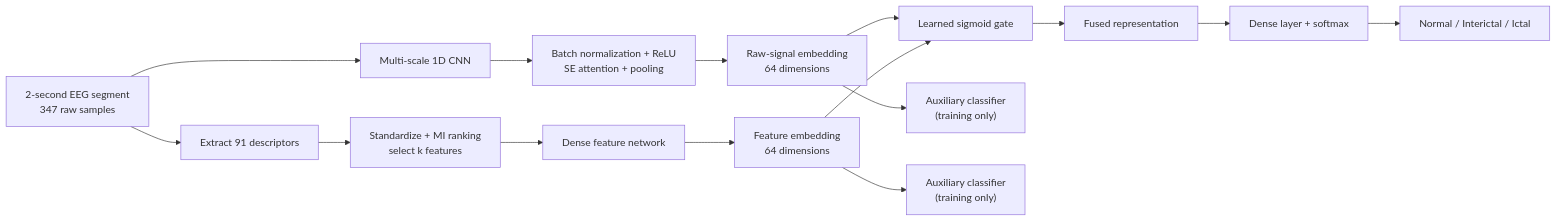
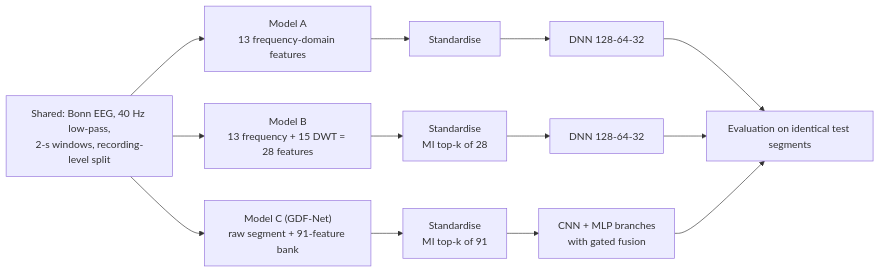
One commit to hariniisathappan/EEG_Seizure_Classification_Using_Deep_Learning changed the second of 3 diagrams in README.md. Above: the diagram before and after it, drawn with Mermaid. The commit also changed other lines of this file, not shown here.

````diff
--- a/README.md
+++ b/README.md
@@ -103,17 +97,10 @@
 ```mermaid
 flowchart LR
-    A["2-second EEG segment<br/>347 raw samples"] --> B["Multi-scale 1D CNN"]
-    B --> C["Batch normalization + ReLU<br/>SE attention + pooling"]
-    C --> D["Raw-signal embedding<br/>64 dimensions"]
-    A --> E["Extract 91 descriptors"]
-    E --> F["Standardize + MI ranking<br/>select k features"]
-    F --> G["Dense feature network"]
-    G --> H["Feature embedding<br/>64 dimensions"]
-    D --> I["Learned sigmoid gate"]
-    H --> I
-    I --> J["Fused representation"]
-    J --> K["Dense layer + softmax"]
-    K --> L["Normal / Interictal / Ictal"]
-    D --> M["Auxiliary classifier<br/>(training only)"]
-    H --> N["Auxiliary classifier<br/>(training only)"]
+    S["Shared: Bonn EEG, 40 Hz low-pass,<br/>2-s windows, recording-level split"]
+    S --> A1["Model A<br/>13 frequency-domain features"] --> A2["Standardise"] --> A3["DNN 128-64-32"]
+    S --> B1["Model B<br/>13 frequency + 15 DWT = 28 features"] --> B2["Standardise<br/>MI top-k of 28"] --> B3["DNN 128-64-32"]
+    S --> C1["Model C (GDF-Net)<br/>raw segment + 91-feature bank"] --> C2["Standardise<br/>MI top-k of 91"] --> C3["CNN + MLP branches<br/>with gated fusion"]
+    A3 --> E["Evaluation on identical test segments"]
+    B3 --> E
+    C3 --> E
 ```
````
